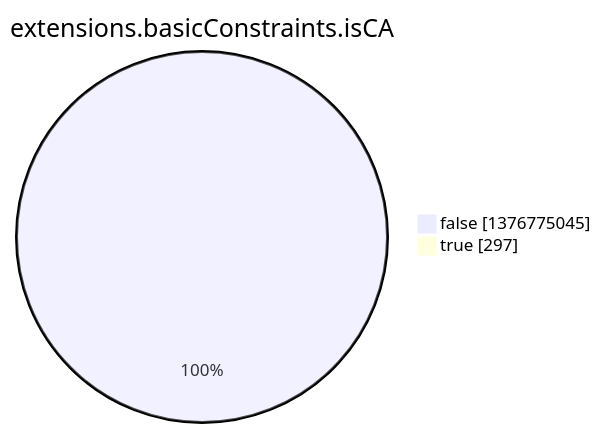
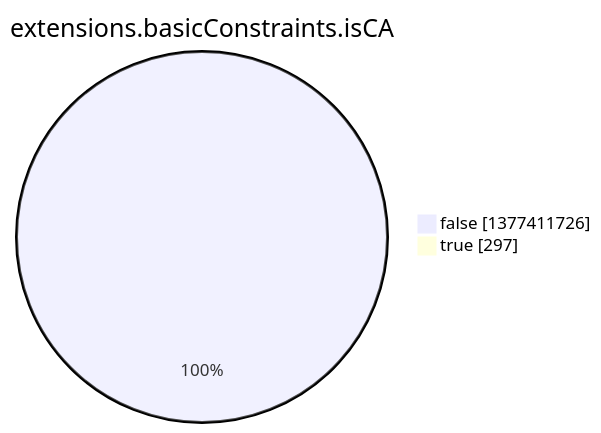
One commit to christiankrug/ctmonitor_visualization changed the eighth of 15 diagrams in argon2022/README.md. Above: the diagram before and after it, drawn with Mermaid. The commit also changed other lines of this file, not shown here.

````diff
--- a/argon2022/README.md
+++ b/argon2022/README.md
@@ -2759,6 +2759,6 @@
 ```mermaid
 pie showData
 title extensions.basicConstraints.isCA
-"false" :1376775045
+"false" :1377411726
 "true" :297
 ```
````
